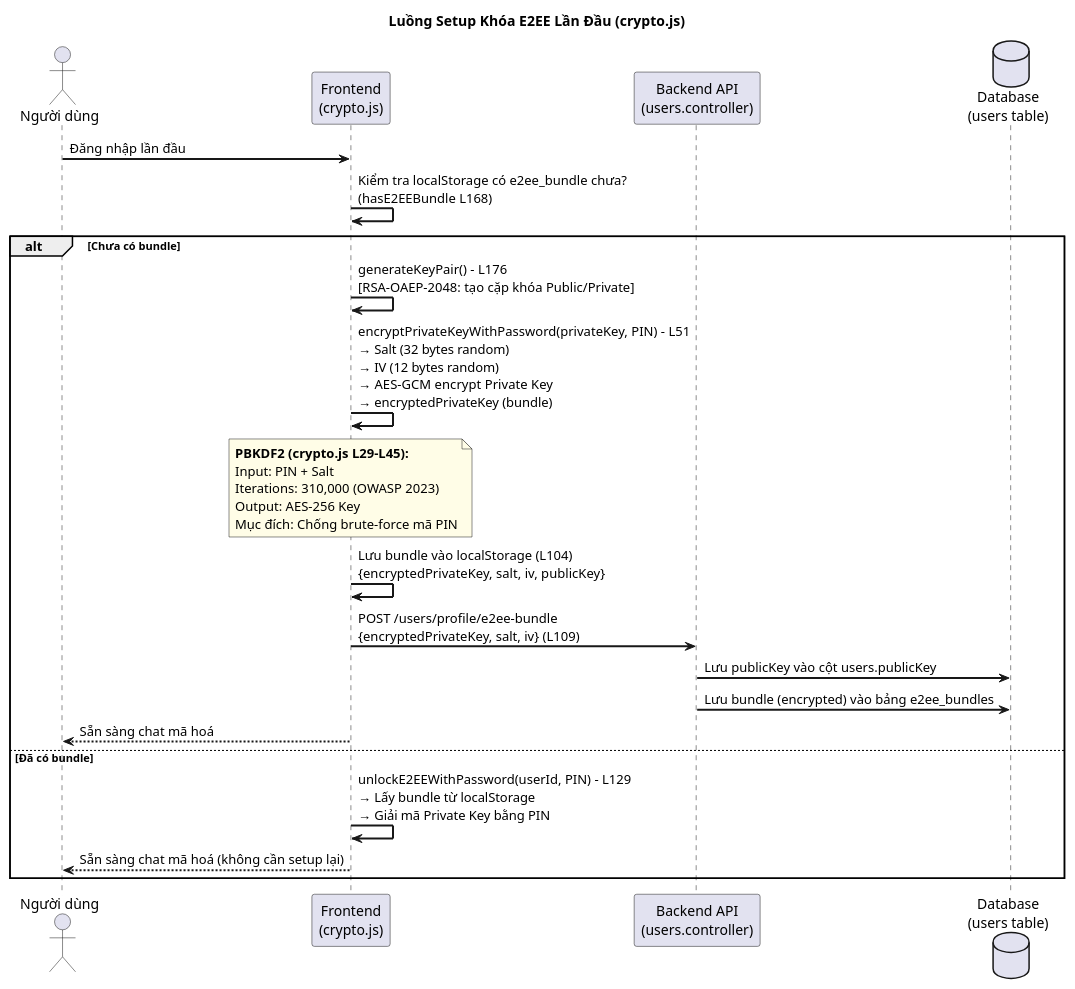
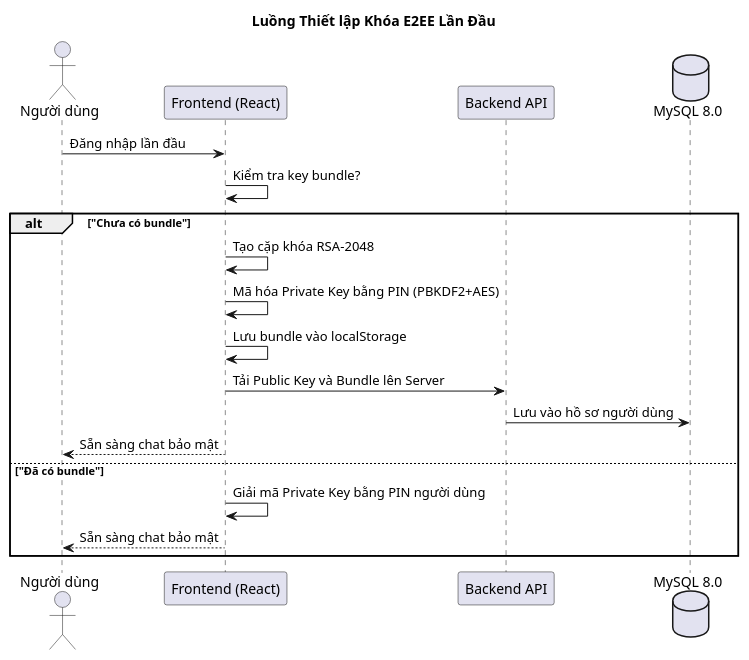
One commit to Wendy84205/K-T-T01 changed the first of 2 diagrams in docs/E2EE_MESSAGE_FLOW.md. Above: the diagram before and after it, drawn with PlantUML. The commit also changed other lines of this file and 9 other files, not shown here.

Commit message:
Update documents and fix E2EE UML diagrams

````diff
--- a/docs/E2EE_MESSAGE_FLOW.md
+++ b/docs/E2EE_MESSAGE_FLOW.md
@@ -18,40 +18,26 @@
 ```plantuml
 @startuml
-skinparam NoteBackgroundColor #fffde7
-skinparam handwritten false
-skinparam sequenceArrowThickness 2
-
-title Luồng Setup Khóa E2EE Lần Đầu (crypto.js)
+title "Luồng Thiết lập Khóa E2EE Lần Đầu"
 
 actor "Người dùng" as User
-participant "Frontend\n(crypto.js)" as FE
-participant "Backend API\n(users.controller)" as API
-database "Database\n(users table)" as DB
+participant "Frontend (React)" as FE
+participant "Backend API" as API
+database "MySQL 8.0" as DB
 
-User -> FE: Đăng nhập lần đầu
-FE -> FE: Kiểm tra localStorage có e2ee_bundle chưa?\n(hasE2EEBundle L168)
+User -> FE : Đăng nhập lần đầu
+FE -> FE : Kiểm tra key bundle?
 
-alt Chưa có bundle
-    FE -> FE: generateKeyPair() - L176\n[RSA-OAEP-2048: tạo cặp khóa Public/Private]
-    FE -> FE: encryptPrivateKeyWithPassword(privateKey, PIN) - L51\n→ Salt (32 bytes random)\n→ IV (12 bytes random)\n→ AES-GCM encrypt  Private Key\n→ encryptedPrivateKey (bundle)
-    
-    note over FE
-      **PBKDF2 (crypto.js L29-L45):**
-      Input: PIN + Salt
-      Iterations: 310,000 (OWASP 2023)
-      Output: AES-256 Key
-      Mục đích: Chống brute-force mã PIN
-    end note
-    
-    FE -> FE: Lưu bundle vào localStorage (L104)\n{encryptedPrivateKey, salt, iv, publicKey}
-    FE -> API: POST /users/profile/e2ee-bundle\n{encryptedPrivateKey, salt, iv} (L109)
-    API -> DB: Lưu publicKey vào cột users.publicKey
-    API -> DB: Lưu bundle (encrypted) vào bảng e2ee_bundles
-    FE --> User: Sẵn sàng chat mã hoá
-else Đã có bundle
-    FE -> FE: unlockE2EEWithPassword(userId, PIN) - L129\n→ Lấy bundle từ localStorage\n→ Giải mã Private Key bằng PIN
-    FE --> User: Sẵn sàng chat mã hoá (không cần setup lại)
+alt "Chưa có bundle"
+    FE -> FE : Tạo cặp khóa RSA-2048
+    FE -> FE : Mã hóa Private Key bằng PIN (PBKDF2+AES)
+    FE -> FE : Lưu bundle vào localStorage
+    FE -> API : Tải Public Key và Bundle lên Server
+    API -> DB : Lưu vào hồ sơ người dùng
+    FE --> User : Sẵn sàng chat bảo mật
+else "Đã có bundle"
+    FE -> FE : Giải mã Private Key bằng PIN người dùng
+    FE --> User : Sẵn sàng chat bảo mật
 end
 
 @enduml
 ```
````
